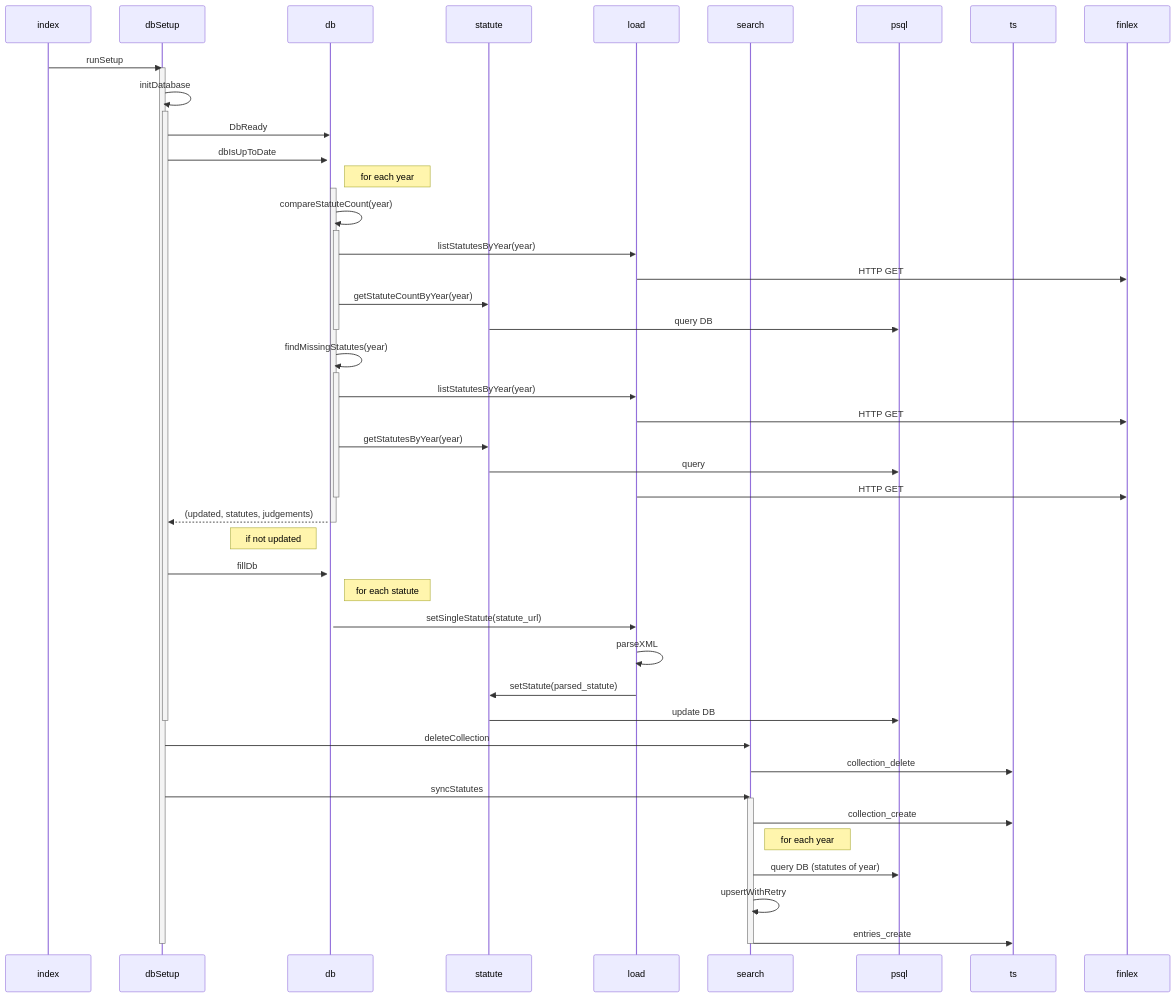
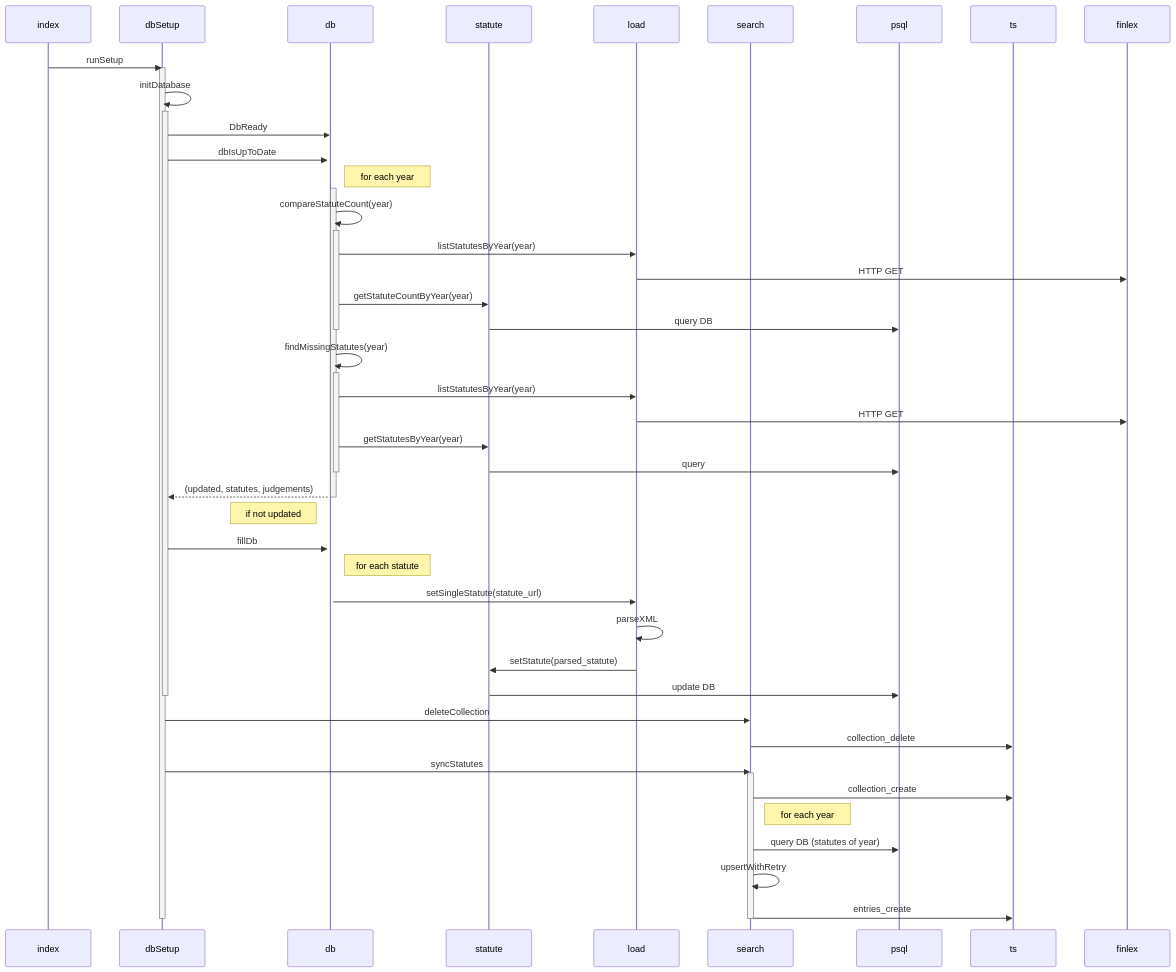
The diagram in README.md (UniversityOfHelsinkiCS/finlex), drawn with Mermaid before and after one commit. The commit also changed 1 other file, not shown here.

Commit message:
links to api and finlex

````diff
--- a/README.md
+++ b/README.md
@@ -16,57 +16,56 @@
 ```mermaid
 sequenceDiagram
   participant index
   participant dbSetup
   participant db
   participant statute
   participant load
   participant search
   participant psql
   participant ts
   participant finlex
 
   index ->> dbSetup: runSetup
   activate dbSetup
   dbSetup ->> dbSetup: initDatabase
     activate dbSetup
     dbSetup ->> db: DbReady
     dbSetup ->>+ db: dbIsUpToDate
     Note right of db: for each year
       activate db
       db ->> db: compareStatuteCount(year)
         activate db
         db ->> load: listStatutesByYear(year)
         load ->> finlex: HTTP GET
         db ->> statute: getStatuteCountByYear(year)
         statute ->> psql: query DB
         deactivate db
       db ->> db: findMissingStatutes(year)
         activate db
         db ->> load : listStatutesByYear(year)
         load ->> finlex: HTTP GET
         db ->> statute: getStatutesByYear(year)
         statute ->> psql: query
-        load ->> finlex: HTTP GET
         deactivate db
       db -->> dbSetup: (updated, statutes, judgements)
       deactivate db
     Note left of db: if not updated
     dbSetup ->> db: fillDb
     Note right of db: for each statute
     db ->> load: setSingleStatute(statute_url)
     load ->> load: parseXML
     load ->> statute: setStatute(parsed_statute)
     statute ->> psql: update DB
     deactivate dbSetup
   dbSetup ->> search: deleteCollection
   search ->> ts: collection_delete
   dbSetup ->> search: syncStatutes
     activate search
     search ->> ts: collection_create
     Note right of search: for each year
     search ->> psql: query DB (statutes of year)
     search ->> search: upsertWithRetry
     search ->> ts: entries_create
     deactivate search
   deactivate dbSetup
 ```
````
